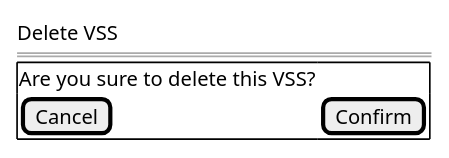
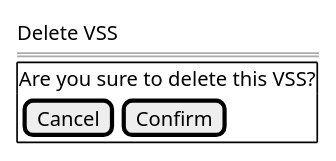
One commit to kpp19920121/doc changed diagram 17 of 33 in 设计/顺序图.md. Above: the diagram before and after it, drawn with PlantUML. The commit also changed other lines of this file and 6 other files, not shown here.

First line of the commit message:
【UI】Preview的UI图

````diff
--- a/设计/顺序图.md
+++ b/设计/顺序图.md
@@ -590,12 +594,12 @@
 ```PlantUML
 @startsalt
 {
   Delete VSS
   ==
   {+
     Are you sure to delete this VSS?
-    [Cancel] | [Confirm]
+    {[Cancel] | [Confirm]}
   }
 }
 @endsalt
 ```
````
